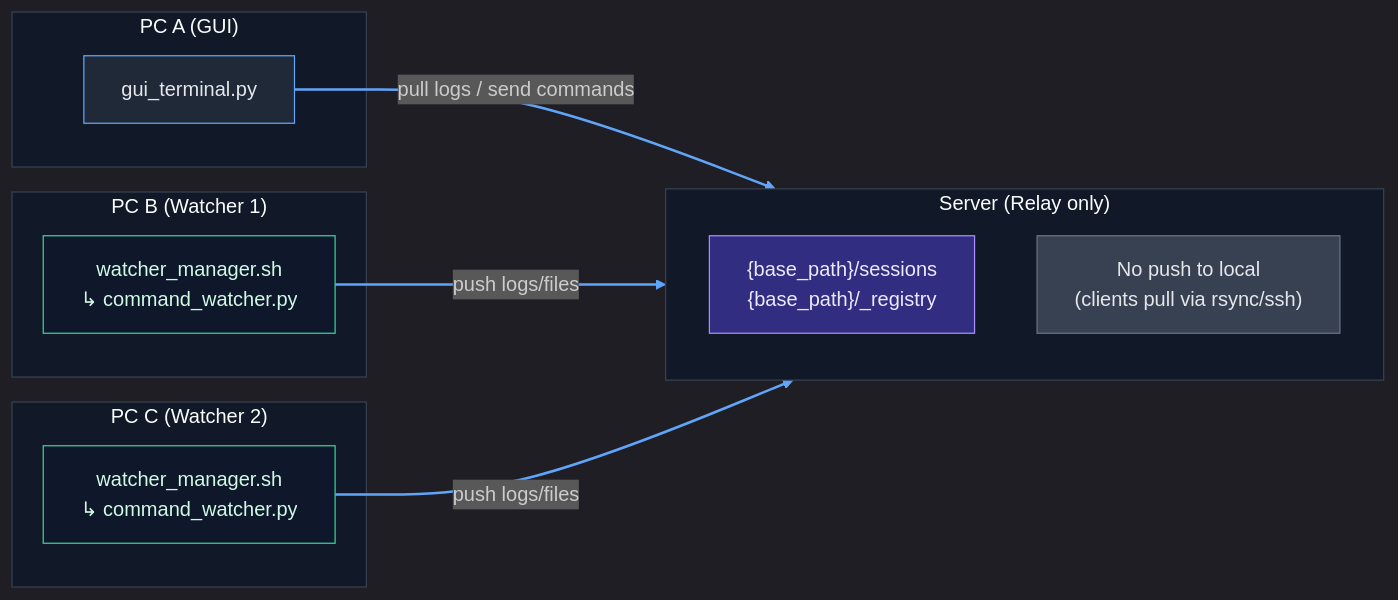
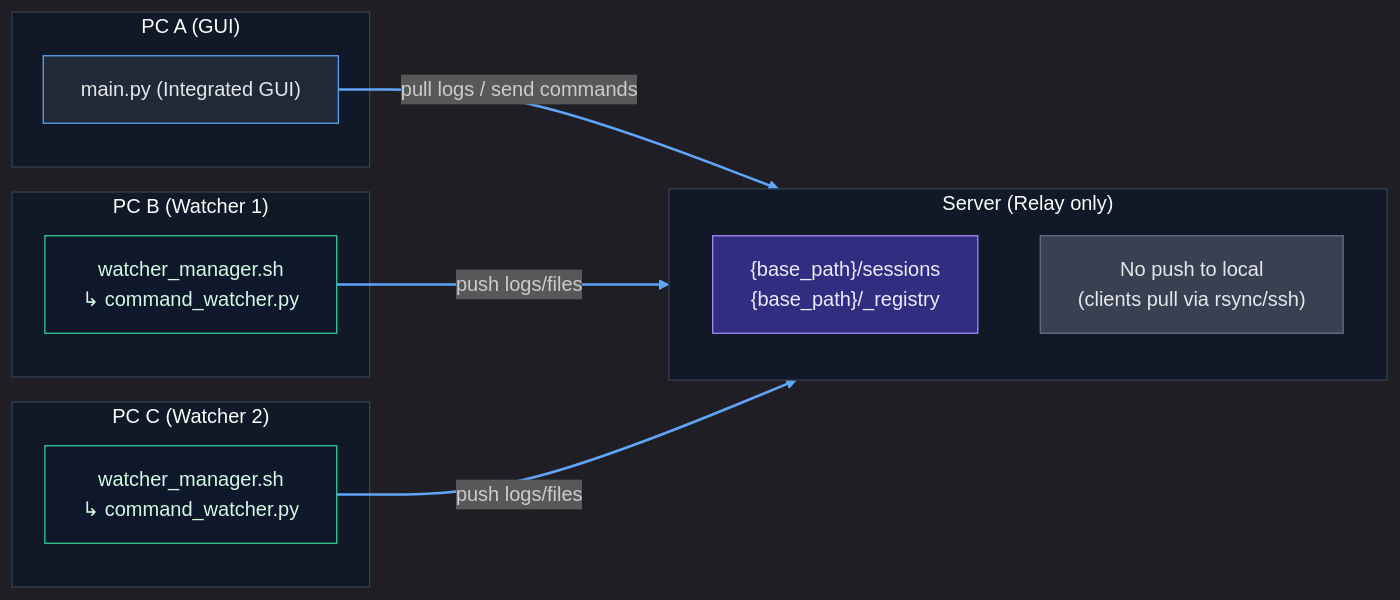
The diagram in README.md (ri0097fx/SyncTerm-IDE), drawn with Mermaid before and after one commit. The commit also changed other lines of this file and 42 other files, not shown here.

````diff
--- a/README.md
+++ b/README.md
@@ -33,41 +39,41 @@
 ```mermaid
 %%{init: {"theme": "dark"}}%%
 flowchart LR
   subgraph A["PC A (GUI)"]
-    GUI["gui_terminal.py"]
+    GUI["main.py (Integrated GUI)"]
   end
 
   subgraph S["Server (Relay only)"]
     STORE["{base_path}/sessions<br/>{base_path}/_registry"]
     NOTE["No push to local<br/>(clients pull via rsync/ssh)"]
   end
 
   subgraph B["PC B (Watcher 1)"]
     W1["watcher_manager.sh<br/>↳ command_watcher.py"]
   end
 
   subgraph C["PC C (Watcher 2)"]
     W2["watcher_manager.sh<br/>↳ command_watcher.py"]
   end
 
   GUI -->|pull logs / send commands| S
   W1  -->|push logs/files| S
   W2  -->|push logs/files| S
 
   classDef local   fill:#1f2937,stroke:#60a5fa,color:#e5e7eb;
   classDef watcher fill:#0f172a,stroke:#34d399,color:#d1fae5;
   classDef storage fill:#312e81,stroke:#a78bfa,color:#ede9fe;
   classDef note    fill:#374151,stroke:#6b7280,color:#e5e7eb;
 
   class GUI local
   class W1,W2 watcher
   class STORE storage
   class NOTE note
 
   style A fill:#111827,stroke:#374151,stroke-width:1px
   style B fill:#111827,stroke:#374151,stroke-width:1px
   style C fill:#111827,stroke:#374151,stroke-width:1px
   style S fill:#111827,stroke:#374151,stroke-width:1px
 
   linkStyle default stroke:#60a5fa,stroke-width:2px
 ```
````
